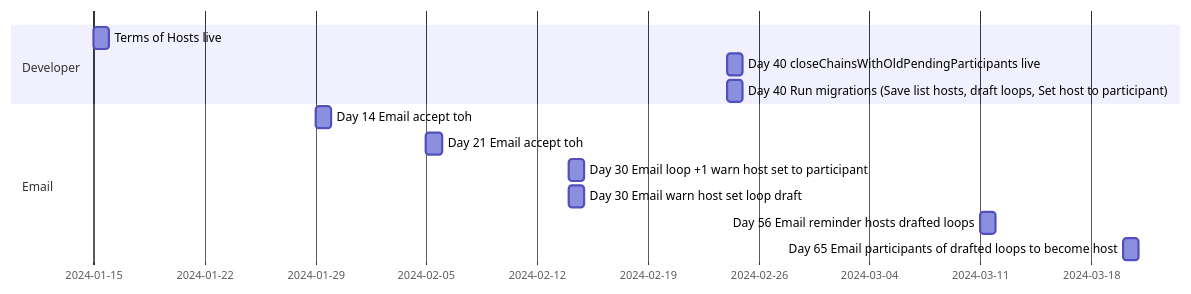
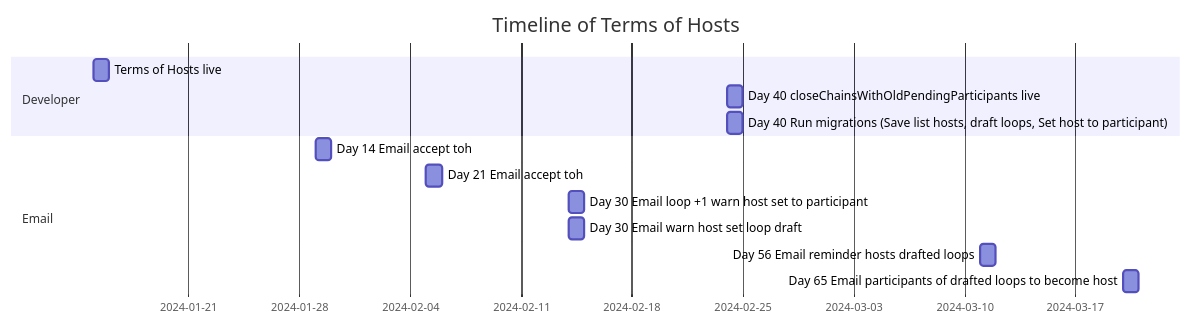
Before and after one commit to the-clothing-loop/website: the diagram in server/docs/migration_toh.md, drawn with Mermaid.

Commit message:
Fix mermaid diagram

````diff
--- a/server/docs/migration_toh.md
+++ b/server/docs/migration_toh.md
@@ -5,17 +5,17 @@
 ```mermaid
+gantt
+   title Timeline of Terms of Hosts
 
-gantt
-   weekday monday
-   tickInterval 1week
-   Section Developer
-   Terms of Hosts live : 2024-01-15, 1d
-   Day 40 closeChainsWithOldPendingParticipants live : 2024-02-24, 1d
-   Day 40 Run migrations (Save list hosts, draft loops, Set host to participant) : 2024-02-24, 1d
-   Section Email
-   Day 14 Email accept toh : 2024-01-29, 1d
-   Day 21 Email accept toh : 2024-02-05, 1d
-   Day 30 Email loop +1 warn host set to participant : 2024-02-14, 1d
-   Day 30 Email warn host set loop draft : 2024-02-14, 1d
-   Day 56 Email reminder hosts drafted loops : 2024-03-11, 1d
-   Day 65 Email participants of drafted loops to become host : 2024-03-20, 1d
+   section Developer
+   Terms of Hosts live                                                              : 2024-01-15, 1d
+   Day 40 closeChainsWithOldPendingParticipants live                                : 2024-02-24, 1d
+   Day 40 Run migrations (Save list hosts, draft loops, Set host to participant)    : 2024-02-24, 1d
+
+   section Email
+   Day 14 Email accept toh                                     : 2024-01-29, 1d
+   Day 21 Email accept toh                                     : 2024-02-05, 1d
+   Day 30 Email loop +1 warn host set to participant           : 2024-02-14, 1d
+   Day 30 Email warn host set loop draft                       : 2024-02-14, 1d
+   Day 56 Email reminder hosts drafted loops                   : 2024-03-11, 1d
+   Day 65 Email participants of drafted loops to become host   : 2024-03-20, 1d
 ```
````
